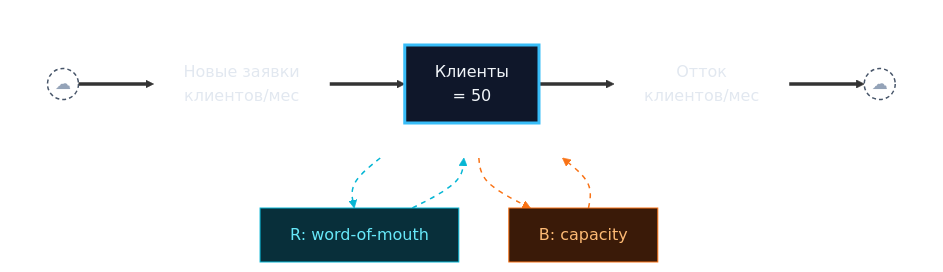
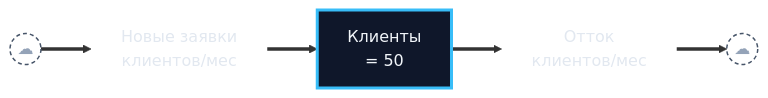
Before and after one commit to BayramAnnakov/systems-thinking-skills: the third of 4 diagrams in skills/ai-systems-coach/SKILL.md, drawn with Mermaid. The commit also changed other lines of this file and 2 other files, not shown here.

First line of the commit message:
Switch §7 to two-block diagram (SFD pipe + CLD with loops)

````diff
--- a/skills/ai-systems-coach/SKILL.md
+++ b/skills/ai-systems-coach/SKILL.md
@@ -239,37 +250,17 @@
 ```mermaid
-flowchart TB
+flowchart LR
   classDef stock fill:#0f172a,stroke:#38bdf8,stroke-width:3px,color:#f1f5f9
   classDef cloud fill:transparent,stroke:#475569,stroke-width:1.5px,stroke-dasharray:4 3,color:#94a3b8
   classDef rate fill:transparent,stroke:transparent,color:#e2e8f0
-  classDef loopR fill:#082f3a,stroke:#06b6d4,stroke-width:1px,color:#67e8f9
-  classDef loopB fill:#3a1a08,stroke:#f97316,stroke-width:1px,color:#fdba74
 
-  Rloop["R: word-of-mouth"]:::loopR
+  Src(("☁")):::cloud
+  In["Новые заявки<br/>клиентов/мес"]:::rate
+  S["Клиенты<br/>= 50"]:::stock
+  Out["Отток<br/>клиентов/мес"]:::rate
+  Snk(("☁")):::cloud
 
-  subgraph pipe [" "]
-    direction LR
-    Src(("☁")):::cloud
-    In["Новые заявки<br/>клиентов/мес"]:::rate
-    S["Клиенты<br/>= 50"]:::stock
-    Out["Отток<br/>клиентов/мес"]:::rate
-    Snk(("☁")):::cloud
-    Src ==> In
-    In ==> S
-    S ==> Out
-    Out ==> Snk
-  end
-
-  Bloop["B: capacity"]:::loopB
-
-  S -.-> Rloop
-  Rloop -.-> S
-  S -.-> Bloop
-  Bloop -.-> S
-
-  style pipe fill:transparent,stroke:transparent
-
-  linkStyle 4 stroke:#06b6d4,stroke-width:1.5px,stroke-dasharray:5 5
-  linkStyle 5 stroke:#06b6d4,stroke-width:1.5px,stroke-dasharray:5 5
-  linkStyle 6 stroke:#f97316,stroke-width:1.5px,stroke-dasharray:5 5
-  linkStyle 7 stroke:#f97316,stroke-width:1.5px,stroke-dasharray:5 5
+  Src ==> In
+  In ==> S
+  S ==> Out
+  Out ==> Snk
 ```
````
